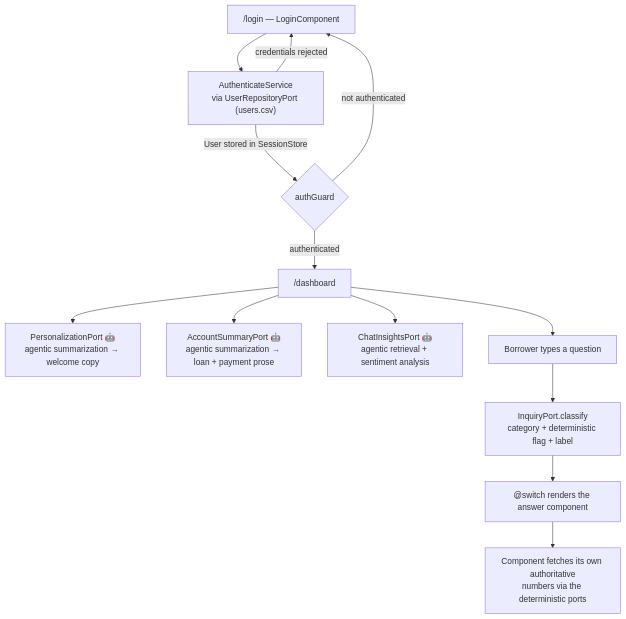
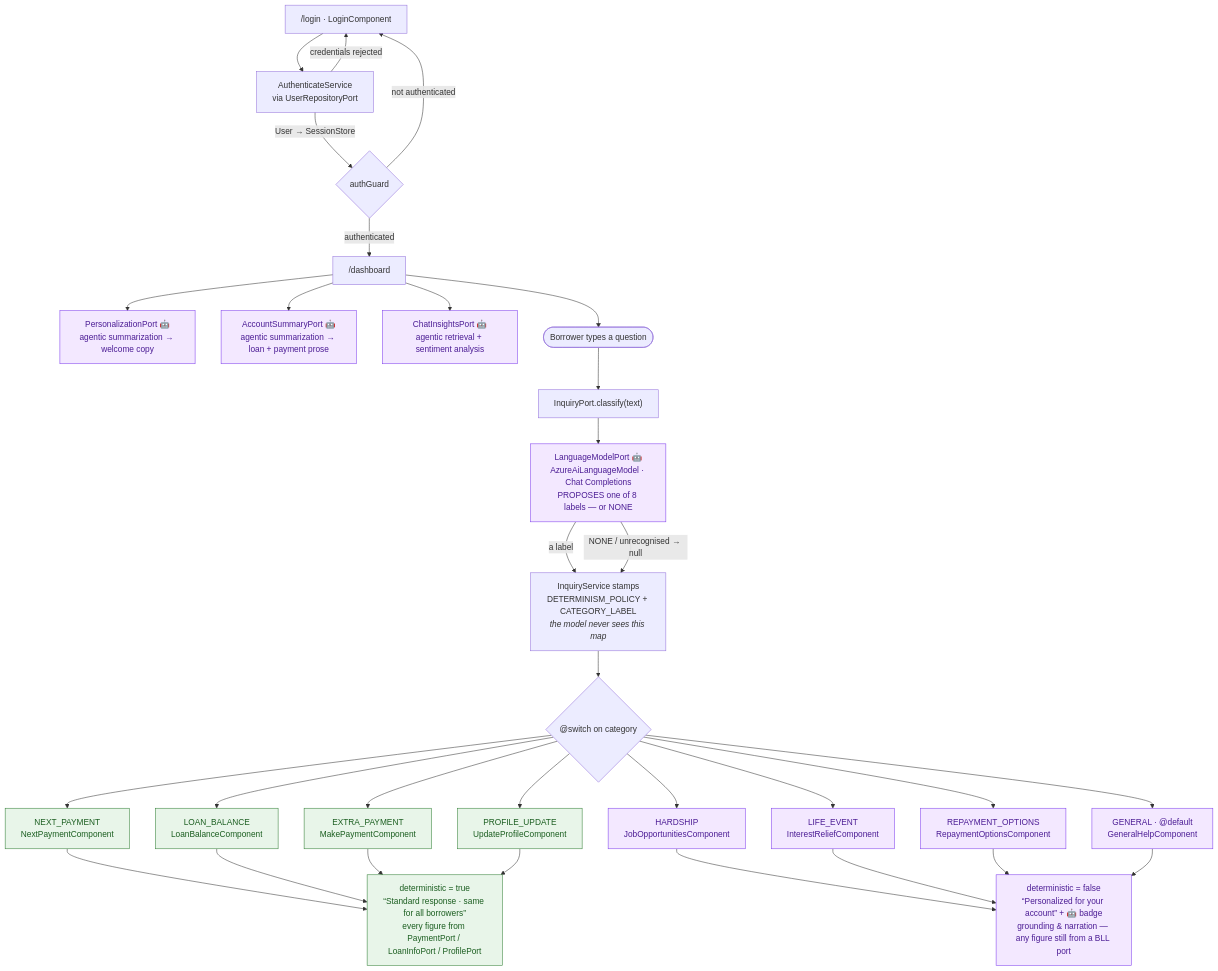
One commit to antongeorgescu/poc-plus-hexagonal-architecture changed the second of 3 diagrams in documentation/application_workflows.md. Above: the diagram before and after it, drawn with Mermaid. The commit also changed other lines of this file and 3 other files, not shown here.

````diff
--- a/documentation/application_workflows.md
+++ b/documentation/application_workflows.md
@@ -79,15 +79,43 @@
 ```mermaid
 flowchart TD
-    A["/login — LoginComponent"] --> B["AuthenticateService<br/>via UserRepositoryPort (users.csv)"]
+    A["/login · LoginComponent"] --> B["AuthenticateService<br/>via UserRepositoryPort"]
     B -->|credentials rejected| A
-    B -->|User stored in SessionStore| C{authGuard}
+    B -->|"User → SessionStore"| C{authGuard}
     C -->|not authenticated| A
     C -->|authenticated| D["/dashboard"]
+
     D --> E["PersonalizationPort 🤖<br/>agentic summarization → welcome copy"]
     D --> F["AccountSummaryPort 🤖<br/>agentic summarization → loan + payment prose"]
     D --> G["ChatInsightsPort 🤖<br/>agentic retrieval + sentiment analysis"]
-    D --> H["Borrower types a question"]
-    H --> I["InquiryPort.classify<br/>category + deterministic flag + label"]
-    I --> J["@switch renders the answer component"]
-    J --> K["Component fetches its own authoritative<br/>numbers via the deterministic ports"]
+    D --> H(["Borrower types a question"])
+
+    H --> I["InquiryPort.classify(text)"]
+    I --> J["LanguageModelPort 🤖<br/>AzureAiLanguageModel · Chat Completions<br/>PROPOSES one of 8 labels — or NONE"]
+    J -->|"a label"| K
+    J -->|"NONE / unrecognised → null"| K["InquiryService stamps<br/>DETERMINISM_POLICY + CATEGORY_LABEL<br/><i>the model never sees this map</i>"]
+    K --> S{"@switch on category"}
+
+    S --> P1["NEXT_PAYMENT<br/>NextPaymentComponent"]
+    S --> P2["LOAN_BALANCE<br/>LoanBalanceComponent"]
+    S --> P3["EXTRA_PAYMENT<br/>MakePaymentComponent"]
+    S --> P4["PROFILE_UPDATE<br/>UpdateProfileComponent"]
+    S --> P5["HARDSHIP<br/>JobOpportunitiesComponent"]
+    S --> P6["LIFE_EVENT<br/>InterestReliefComponent"]
+    S --> P7["REPAYMENT_OPTIONS<br/>RepaymentOptionsComponent"]
+    S --> P8["GENERAL · @default<br/>GeneralHelpComponent"]
+
+    P1 --> ZB
+    P2 --> ZB
+    P3 --> ZB
+    P4 --> ZB["deterministic = true<br/>“Standard response · same for all borrowers”<br/>every figure from PaymentPort / LoanInfoPort / ProfilePort"]
+    P5 --> ZC
+    P6 --> ZC
+    P7 --> ZC
+    P8 --> ZC["deterministic = false<br/>“Personalized for your account” + 🤖 badge<br/>grounding &amp; narration — any figure still from a BLL port"]
+
+    classDef bll fill:#e8f5e9,stroke:#2e7d32,color:#1b5e20;
+    classDef cll fill:#f3e8ff,stroke:#7c3aed,color:#4c1d95;
+    class P1,P2,P3,P4,ZB bll;
+    class P5,P6,P7,P8,ZC cll;
+    class E,F,G,J cll;
 ```
````
